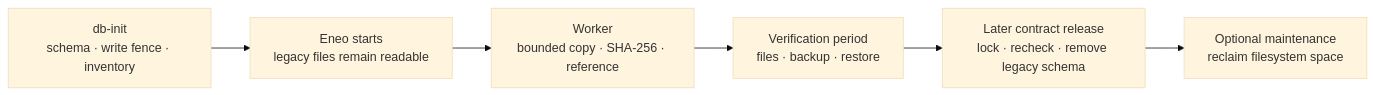
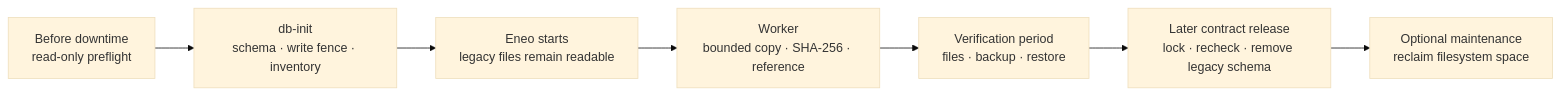
The diagram in frontend/apps/docs-site/src/content/guides/file-icon-storage-upgrade.mdx (eneo-ai/eneo), drawn with Mermaid (base theme) before and after one commit. The commit also changed other lines of this file and 4 other files, not shown here.

First line of the commit message:
feat(storage): inspect legacy upgrade requirements before downtime

````diff
--- a/frontend/apps/docs-site/src/content/guides/file-icon-storage-upgrade.mdx
+++ b/frontend/apps/docs-site/src/content/guides/file-icon-storage-upgrade.mdx
@@ -58,8 +59,9 @@
 ```mermaid
 flowchart LR
-  expand["db-init\nschema · write fence · inventory"] --> online["Eneo starts\nlegacy files remain readable"]
+  preflight["Before downtime\nread-only preflight"] --> expand["db-init\nschema · write fence · inventory"]
+  expand --> online["Eneo starts\nlegacy files remain readable"]
   online --> adopt["Worker\nbounded copy · SHA-256 · reference"]
   adopt --> verify["Verification period\nfiles · backup · restore"]
   verify --> contract["Later contract release\nlock · recheck · remove legacy schema"]
   contract --> reclaim["Optional maintenance\nreclaim filesystem space"]
 ```
````
